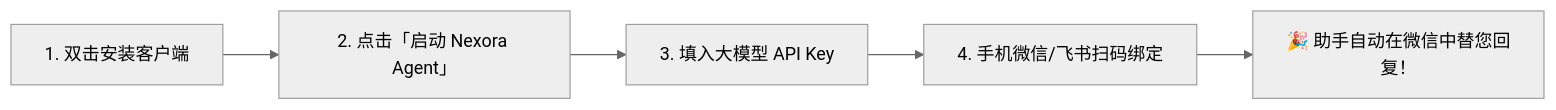
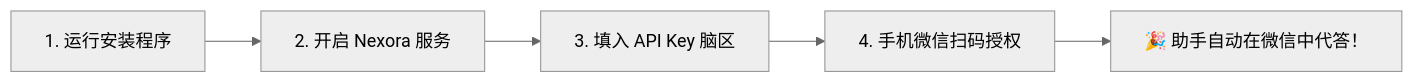
One commit to 2014-y/AI-v24.13.0 changed the first of 2 diagrams in README.md. Above: the diagram before and after it, drawn with Mermaid (neutral theme). The commit also changed other lines of this file, not shown here.

````diff
--- a/README.md
+++ b/README.md
@@ -98,7 +68,7 @@
 ```mermaid
 flowchart LR
-    A[1. 双击安装客户端] --> B[2. 点击「启动 Nexora Agent」]
-    B --> C[3. 填入大模型 API Key]
-    C --> D[4. 手机微信/飞书扫码绑定]
-    D --> E[🎉 助手自动在微信中替您回复！]
+    A[1. 运行安装程序] --> B[2. 开启 Nexora 服务]
+    B --> C[3. 填入 API Key 脑区]
+    C --> D[4. 手机微信扫码授权]
+    D --> E[🎉 助手自动在微信中代答！]
 ```
````
